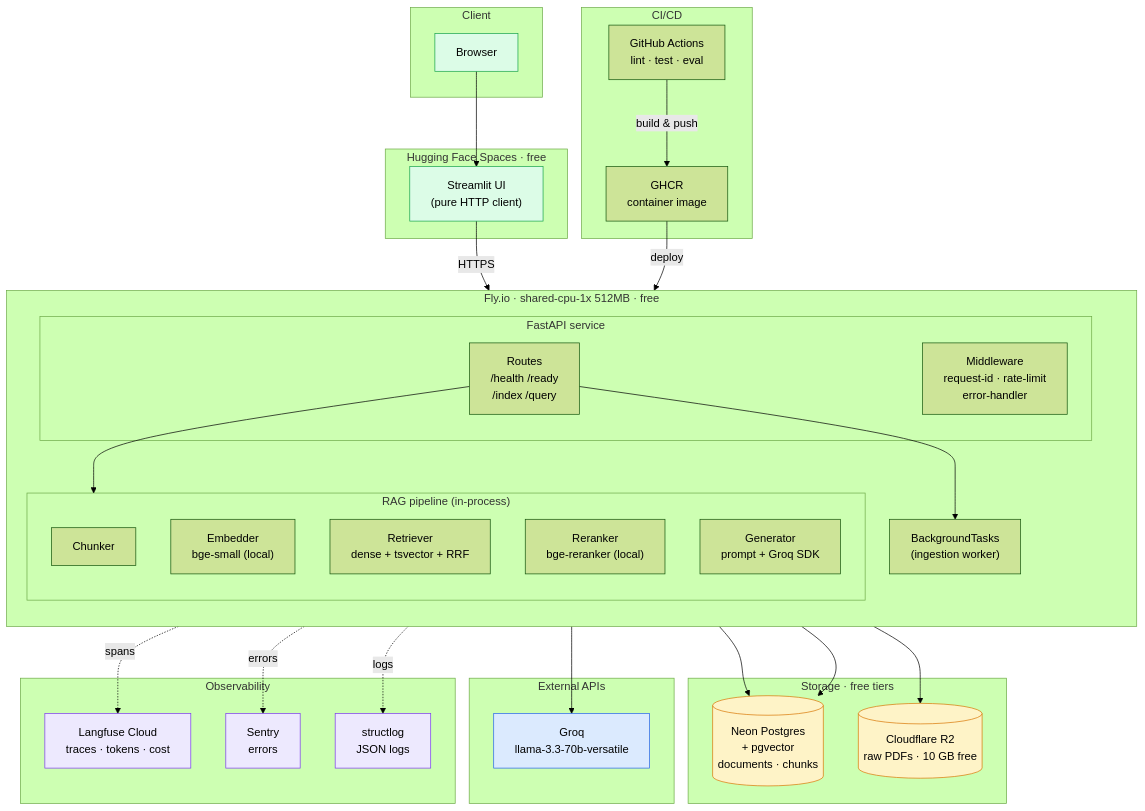
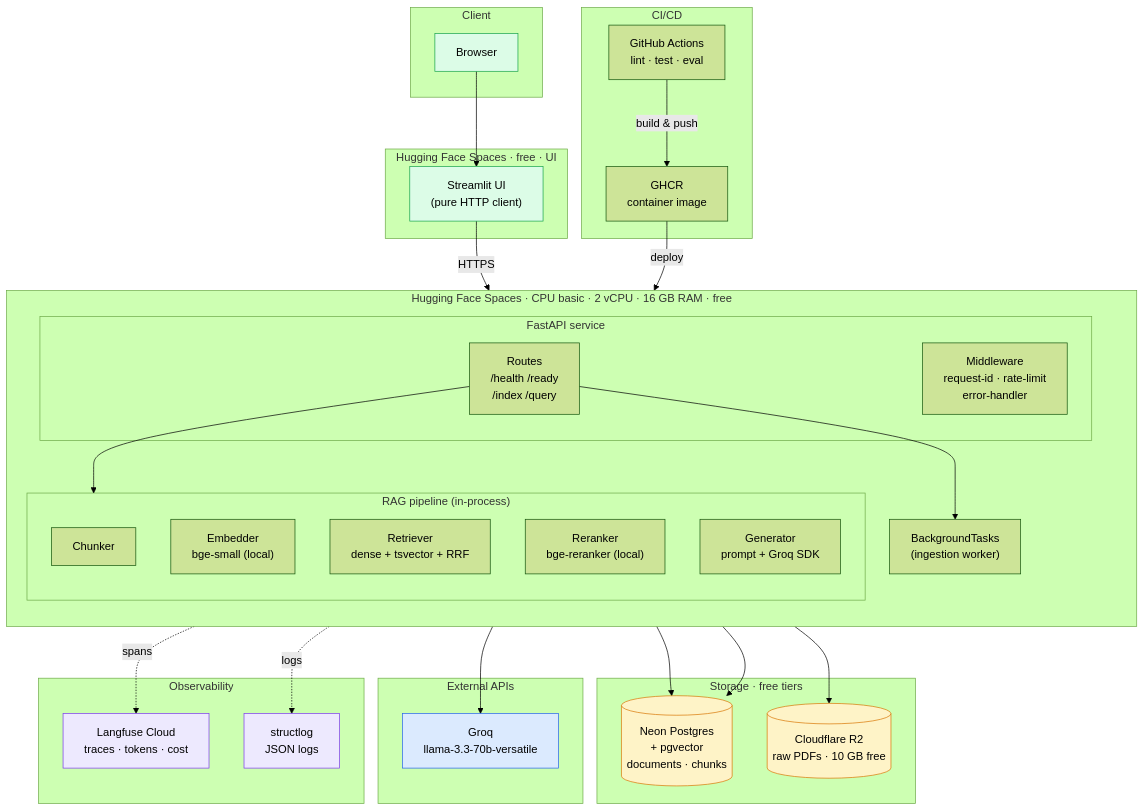
One commit to vinaldsz/ai-pdf-assistant changed the first of 3 diagrams in ARCHITECTURE.md. Above: the diagram before and after it, drawn with Mermaid (forest theme). The commit also changed other lines of this file and 2 other files, not shown here.

First line of the commit message:
Add RUNBOOK.md; rewrite README + update ARCHITECTURE for HF Spaces

````diff
--- a/ARCHITECTURE.md
+++ b/ARCHITECTURE.md
@@ -13,69 +13,67 @@
 ```mermaid
 flowchart TB
     subgraph Client["Client"]
         Browser["Browser"]
     end
 
-    subgraph HFSpaces["Hugging Face Spaces · free"]
+    subgraph HFSpacesUI["Hugging Face Spaces · free · UI"]
         UI["Streamlit UI<br/>(pure HTTP client)"]
     end
 
-    subgraph FlyIO["Fly.io · shared-cpu-1x 512MB · free"]
+    subgraph HFSpacesAPI["Hugging Face Spaces · CPU basic · 2 vCPU · 16 GB RAM · free"]
         direction TB
         subgraph FastAPI["FastAPI service"]
             Routes["Routes<br/>/health /ready<br/>/index /query"]
             MW["Middleware<br/>request-id · rate-limit<br/>error-handler"]
         end
         subgraph RAG["RAG pipeline (in-process)"]
             Chunker["Chunker"]
             Embedder["Embedder<br/>bge-small (local)"]
             Retriever["Retriever<br/>dense + tsvector + RRF"]
             Reranker["Reranker<br/>bge-reranker (local)"]
             Generator["Generator<br/>prompt + Groq SDK"]
         end
         BG["BackgroundTasks<br/>(ingestion worker)"]
     end
 
     subgraph Storage["Storage · free tiers"]
         Neon[("Neon Postgres<br/>+ pgvector<br/>documents · chunks")]
         R2[("Cloudflare R2<br/>raw PDFs · 10 GB free")]
     end
 
     subgraph External["External APIs"]
         Groq["Groq<br/>llama-3.3-70b-versatile"]
     end
 
     subgraph Obs["Observability"]
         Langfuse["Langfuse Cloud<br/>traces · tokens · cost"]
-        Sentry["Sentry<br/>errors"]
         Logs["structlog<br/>JSON logs"]
     end
 
     subgraph CICD["CI/CD"]
         GHA["GitHub Actions<br/>lint · test · eval"]
         GHCR["GHCR<br/>container image"]
     end
 
     Browser --> UI
     UI -- HTTPS --> Routes
     Routes --> RAG
     Routes --> BG
     BG --> R2
     BG --> Neon
     Retriever --> Neon
     Generator --> Groq
     FastAPI -. spans .-> Langfuse
-    FastAPI -. errors .-> Sentry
     FastAPI -. logs .-> Logs
     GHA -- build & push --> GHCR
-    GHCR -- deploy --> FlyIO
+    GHCR -- deploy --> HFSpacesAPI
 
     classDef storage fill:#fef3c7,stroke:#d97706,color:#000
     classDef external fill:#dbeafe,stroke:#2563eb,color:#000
     classDef obs fill:#ede9fe,stroke:#7c3aed,color:#000
     classDef client fill:#dcfce7,stroke:#16a34a,color:#000
     class Neon,R2 storage
     class Groq external
-    class Langfuse,Sentry,Logs obs
+    class Langfuse,Logs obs
     class Browser,UI client
 ```
````
